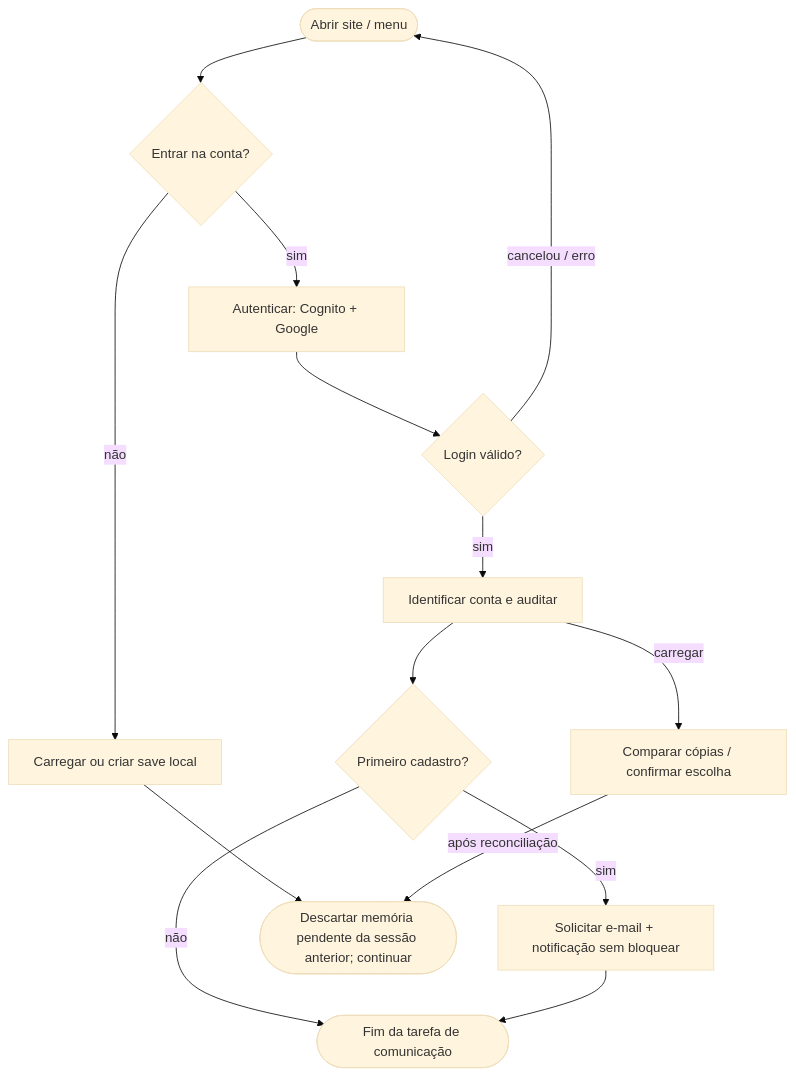
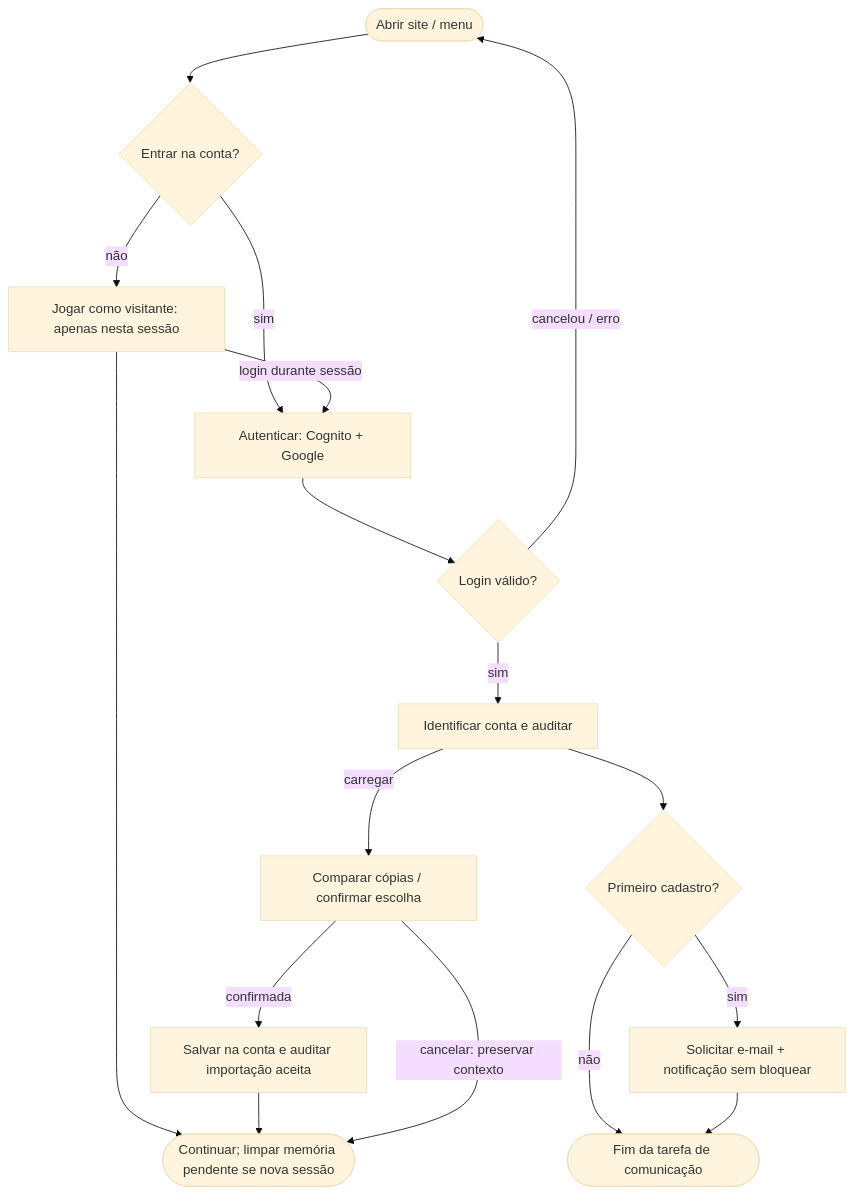
The first of 10 diagrams in isn/docs/sprint1/06-fluxogramas.md (ViViJp/jogo-projeto-topicos-especiais), drawn with Mermaid (base theme) before and after one commit. The commit also changed other lines of this file and 16 other files, not shown here.

````diff
--- a/isn/docs/sprint1/06-fluxogramas.md
+++ b/isn/docs/sprint1/06-fluxogramas.md
@@ -13,27 +13,31 @@
 ```mermaid
 flowchart TD
   start(["Abrir site / menu"])
   login{"Entrar na conta?"}
-  local["Carregar ou criar save local"]
+  local["Jogar como visitante: apenas nesta sessão"]
   provider["Autenticar: Cognito + Google"]
   ok{"Login válido?"}
   account["Identificar conta e auditar"]
   first{"Primeiro cadastro?"}
   resolve["Comparar cópias / confirmar escolha"]
   send["Solicitar e-mail + notificação sem bloquear"]
-  play(["Descartar memória pendente da sessão anterior; continuar"])
+  play(["Continuar; limpar memória pendente se nova sessão"])
   commDone(["Fim da tarefa de comunicação"])
+  persist["Salvar na conta e auditar importação aceita"]
   start --> login
   login -->|"não"| local
   local --> play
   login -->|"sim"| provider
   provider --> ok
   ok -->|"cancelou / erro"| start
   ok -->|"sim"| account
   account --> first
   account -->|"carregar"| resolve
   first -->|"sim"| send
-  resolve -->|"após reconciliação"| play
   first -->|"não"| commDone
   send --> commDone
+  resolve -->|"confirmada"| persist
+  persist --> play
+  resolve -->|"cancelar: preservar contexto"| play
+  local -->|"login durante sessão"| provider
 ```
````
